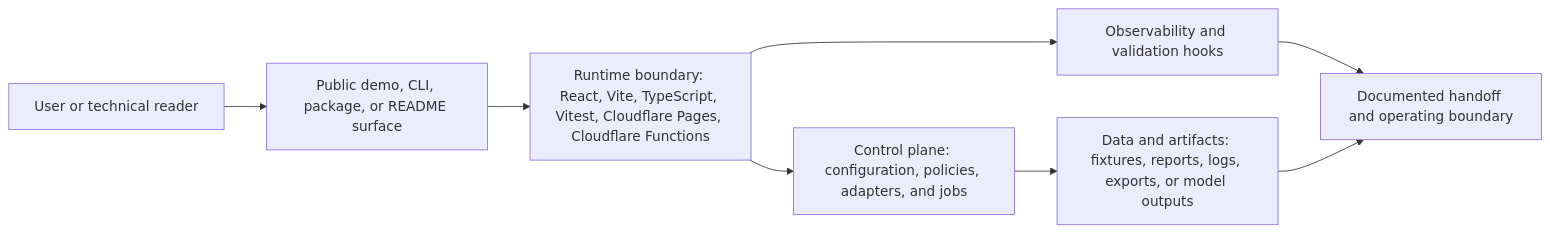
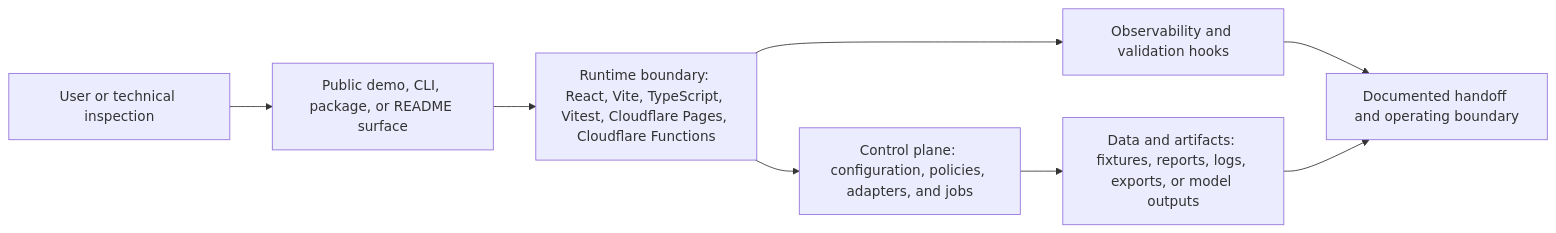
One commit to KIM3310/aix-pilot changed the diagram in docs/system-architecture.md. Above: the diagram before and after it, drawn with Mermaid. The commit also changed 22 other files, not shown here.

Commit message:
Polish architecture-centered repository surfaces

````diff
--- a/docs/system-architecture.md
+++ b/docs/system-architecture.md
@@ -18,10 +18,10 @@
 ```mermaid
 flowchart LR
-    User["User or technical reader"] --> Surface["Public demo, CLI, package, or README surface"]
+    User["User or technical inspection"] --> Surface["Public demo, CLI, package, or README surface"]
     Surface --> Runtime["Runtime boundary: React, Vite, TypeScript, Vitest, Cloudflare Pages, Cloudflare Functions"]
     Runtime --> Control["Control plane: configuration, policies, adapters, and jobs"]
     Control --> Data["Data and artifacts: fixtures, reports, logs, exports, or model outputs"]
     Runtime --> Observability["Observability and validation hooks"]
     Observability --> Handoff["Documented handoff and operating boundary"]
     Data --> Handoff
 ```
````
